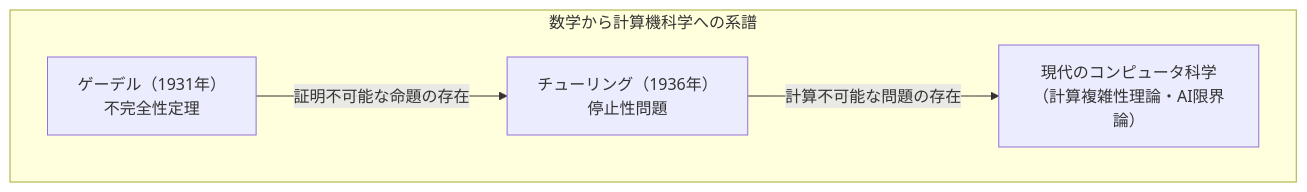
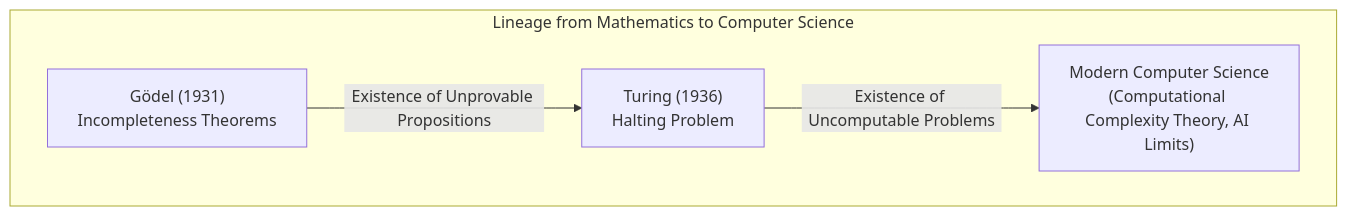
The fourth of 4 diagrams in content/post/godels-incompleteness-theorems/index.en.md (kenjinote/blog), drawn with Mermaid before and after one commit. The commit also changed other lines of this file and 28 other files, not shown here.

Commit message:
Translate Japanese text inside Mermaid diagrams to respective languages

````diff
--- a/content/post/godels-incompleteness-theorems/index.en.md
+++ b/content/post/godels-incompleteness-theorems/index.en.md
@@ -145,7 +145,7 @@
 ```mermaid
 graph TD
-    subgraph "数学から計算機科学への系譜"
-        Godel["ゲーデル（1931年）<br/>不完全性定理"] -->|"証明不可能な命題の存在"| Turing["チューリング（1936年）<br/>停止性問題"]
-        Turing -->|"計算不可能な問題の存在"| Computer["現代のコンピュータ科学<br/>（計算複雑性理論・AI限界論）"]
+    subgraph "Lineage from Mathematics to Computer Science"
+        Godel["Gödel (1931)<br/>Incompleteness Theorems"] -->|"Existence of Unprovable Propositions"| Turing["Turing (1936)<br/>Halting Problem"]
+        Turing -->|"Existence of Uncomputable Problems"| Computer["Modern Computer Science<br/>(Computational Complexity Theory, AI Limits)"]
     end
 ```
````
